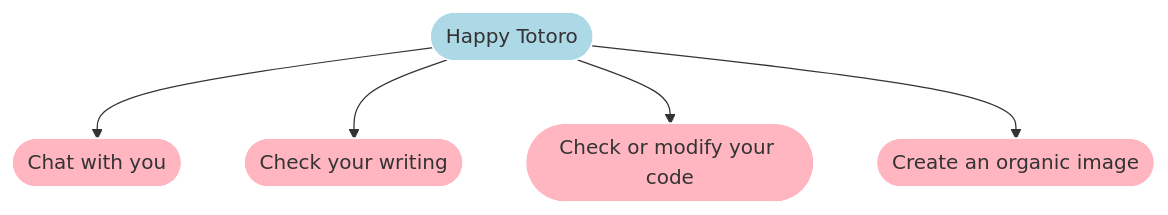
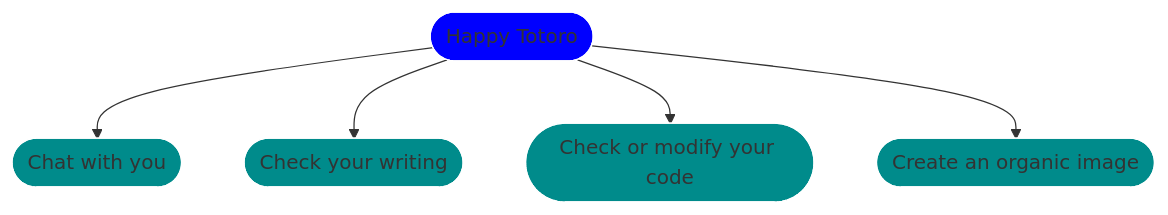
One commit to Rainyryan/line_chat_bot changed the diagram in README.md. Above: the diagram before and after it, drawn with Mermaid.

````diff
--- a/README.md
+++ b/README.md
@@ -12,16 +12,16 @@
 ```mermaid
 graph
 chat([Chat with you])
 edit_text([Check your writing])
 edit_code([Check or modify your code])
 generate_image([Create an organic image])
 totoro([Happy Totoro])
 
-classDef features fill:lightpink,stroke:white
+classDef features fill:darkcyan,stroke:white
 class chat,edit_text,edit_code,generate_image features
-style totoro fill:lightblue,stroke:white
+style totoro fill:blue,stroke:white
 totoro-->chat
 totoro-->edit_text
 totoro-->edit_code
 totoro-->generate_image
 ```
````
